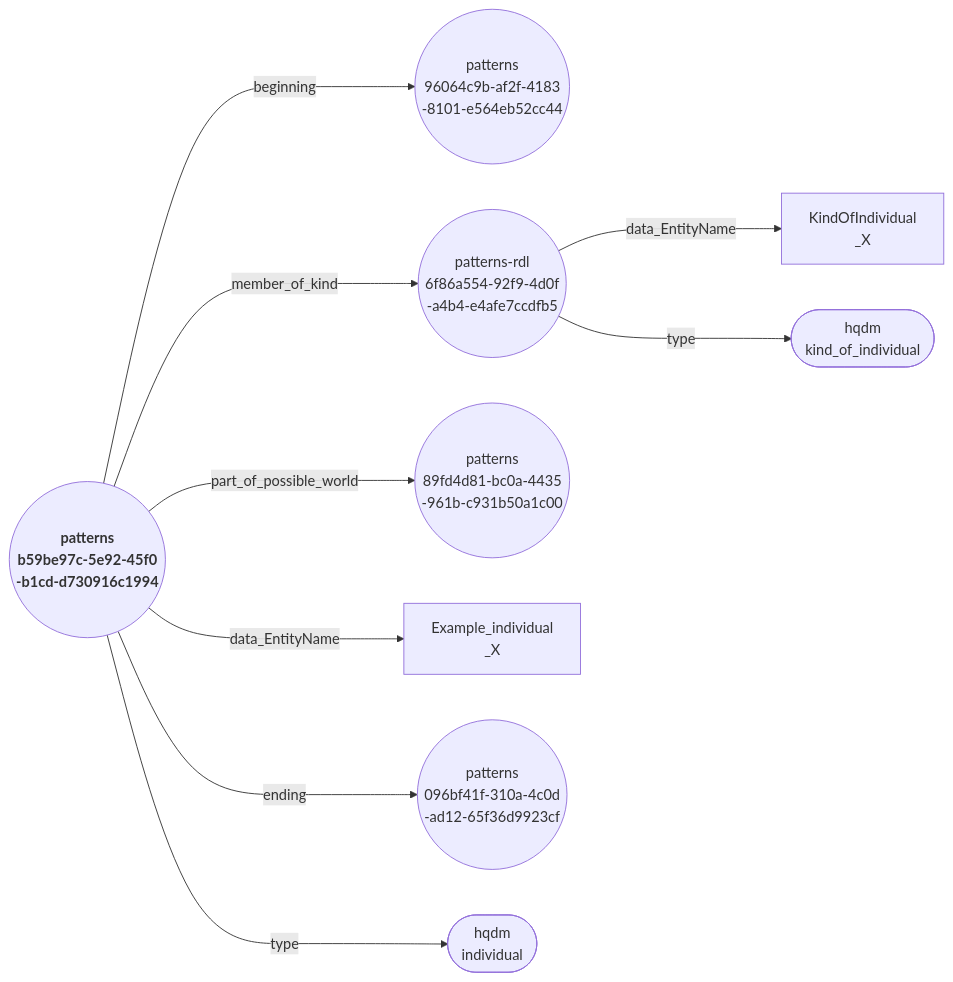
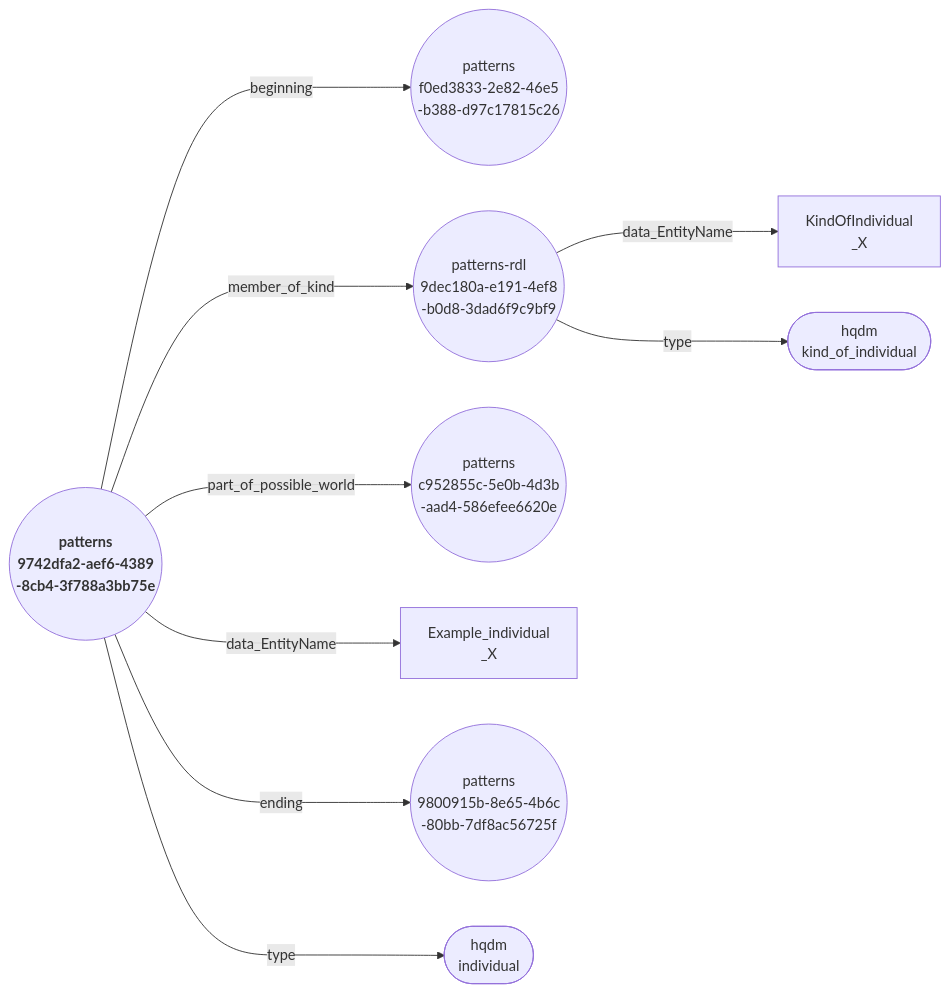
The diagram in docs/extras/example-files/individualAndKindNodeEdgeGraph.mermaid (ClimbingAl/HqdmPatterns), drawn with Mermaid before and after one commit. The commit also changed 50 other files, not shown here.

````diff
--- a/docs/extras/example-files/individualAndKindNodeEdgeGraph.mermaid
+++ b/docs/extras/example-files/individualAndKindNodeEdgeGraph.mermaid
@@ -1,11 +1,11 @@
 ``` mermaid
 graph LR
-  b59be97c-5e92-45f0-b1cd-d730916c1994(("<b> patterns <br> b59be97c-5e92-45f0 <br> -b1cd-d730916c1994"))--->|"beginning"|96064c9b-af2f-4183-8101-e564eb52cc44(("patterns <br> 96064c9b-af2f-4183 <br> -8101-e564eb52cc44"));
-  b59be97c-5e92-45f0-b1cd-d730916c1994(("<b> patterns <br> b59be97c-5e92-45f0 <br> -b1cd-d730916c1994"))--->|"member_of_kind"|6f86a554-92f9-4d0f-a4b4-e4afe7ccdfb5(("patterns-rdl <br> 6f86a554-92f9-4d0f <br> -a4b4-e4afe7ccdfb5"));
-  b59be97c-5e92-45f0-b1cd-d730916c1994(("<b> patterns <br> b59be97c-5e92-45f0 <br> -b1cd-d730916c1994"))--->|"part_of_possible_world"|89fd4d81-bc0a-4435-961b-c931b50a1c00(("patterns <br> 89fd4d81-bc0a-4435 <br> -961b-c931b50a1c00"));
-  b59be97c-5e92-45f0-b1cd-d730916c1994(("<b> patterns <br> b59be97c-5e92-45f0 <br> -b1cd-d730916c1994"))--->|"data_EntityName"|Example_individual_X["Example_individual <br> _X"];
-  b59be97c-5e92-45f0-b1cd-d730916c1994(("<b> patterns <br> b59be97c-5e92-45f0 <br> -b1cd-d730916c1994"))--->|"ending"|096bf41f-310a-4c0d-ad12-65f36d9923cf(("patterns <br> 096bf41f-310a-4c0d <br> -ad12-65f36d9923cf"));
-  b59be97c-5e92-45f0-b1cd-d730916c1994(("<b> patterns <br> b59be97c-5e92-45f0 <br> -b1cd-d730916c1994"))--->|"type"|individual(["hqdm <br> individual"]);
-  6f86a554-92f9-4d0f-a4b4-e4afe7ccdfb5(("patterns-rdl <br> 6f86a554-92f9-4d0f <br> -a4b4-e4afe7ccdfb5"))--->|"data_EntityName"|KindOfIndividual_X["KindOfIndividual <br> _X"];
-  6f86a554-92f9-4d0f-a4b4-e4afe7ccdfb5(("patterns-rdl <br> 6f86a554-92f9-4d0f <br> -a4b4-e4afe7ccdfb5"))--->|"type"|kind_of_individual(["hqdm <br> kind_of_individual"]);
+  9742dfa2-aef6-4389-8cb4-3f788a3bb75e(("<b> patterns <br> 9742dfa2-aef6-4389 <br> -8cb4-3f788a3bb75e"))--->|"beginning"|f0ed3833-2e82-46e5-b388-d97c17815c26(("patterns <br> f0ed3833-2e82-46e5 <br> -b388-d97c17815c26"));
+  9742dfa2-aef6-4389-8cb4-3f788a3bb75e(("<b> patterns <br> 9742dfa2-aef6-4389 <br> -8cb4-3f788a3bb75e"))--->|"member_of_kind"|9dec180a-e191-4ef8-b0d8-3dad6f9c9bf9(("patterns-rdl <br> 9dec180a-e191-4ef8 <br> -b0d8-3dad6f9c9bf9"));
+  9742dfa2-aef6-4389-8cb4-3f788a3bb75e(("<b> patterns <br> 9742dfa2-aef6-4389 <br> -8cb4-3f788a3bb75e"))--->|"part_of_possible_world"|c952855c-5e0b-4d3b-aad4-586efee6620e(("patterns <br> c952855c-5e0b-4d3b <br> -aad4-586efee6620e"));
+  9742dfa2-aef6-4389-8cb4-3f788a3bb75e(("<b> patterns <br> 9742dfa2-aef6-4389 <br> -8cb4-3f788a3bb75e"))--->|"data_EntityName"|Example_individual_X["Example_individual <br> _X"];
+  9742dfa2-aef6-4389-8cb4-3f788a3bb75e(("<b> patterns <br> 9742dfa2-aef6-4389 <br> -8cb4-3f788a3bb75e"))--->|"ending"|9800915b-8e65-4b6c-80bb-7df8ac56725f(("patterns <br> 9800915b-8e65-4b6c <br> -80bb-7df8ac56725f"));
+  9742dfa2-aef6-4389-8cb4-3f788a3bb75e(("<b> patterns <br> 9742dfa2-aef6-4389 <br> -8cb4-3f788a3bb75e"))--->|"type"|individual(["hqdm <br> individual"]);
+  9dec180a-e191-4ef8-b0d8-3dad6f9c9bf9(("patterns-rdl <br> 9dec180a-e191-4ef8 <br> -b0d8-3dad6f9c9bf9"))--->|"data_EntityName"|KindOfIndividual_X["KindOfIndividual <br> _X"];
+  9dec180a-e191-4ef8-b0d8-3dad6f9c9bf9(("patterns-rdl <br> 9dec180a-e191-4ef8 <br> -b0d8-3dad6f9c9bf9"))--->|"type"|kind_of_individual(["hqdm <br> kind_of_individual"]);
 ```
````
